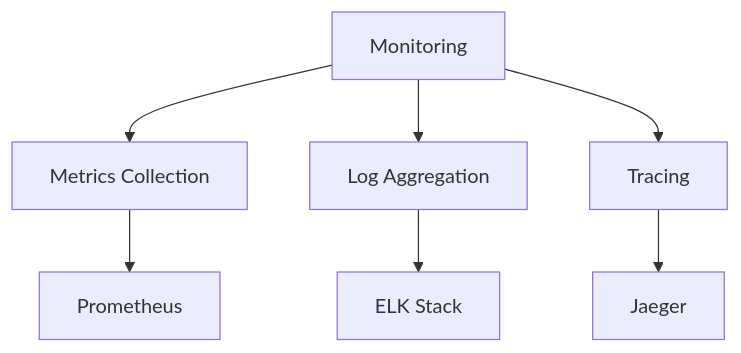
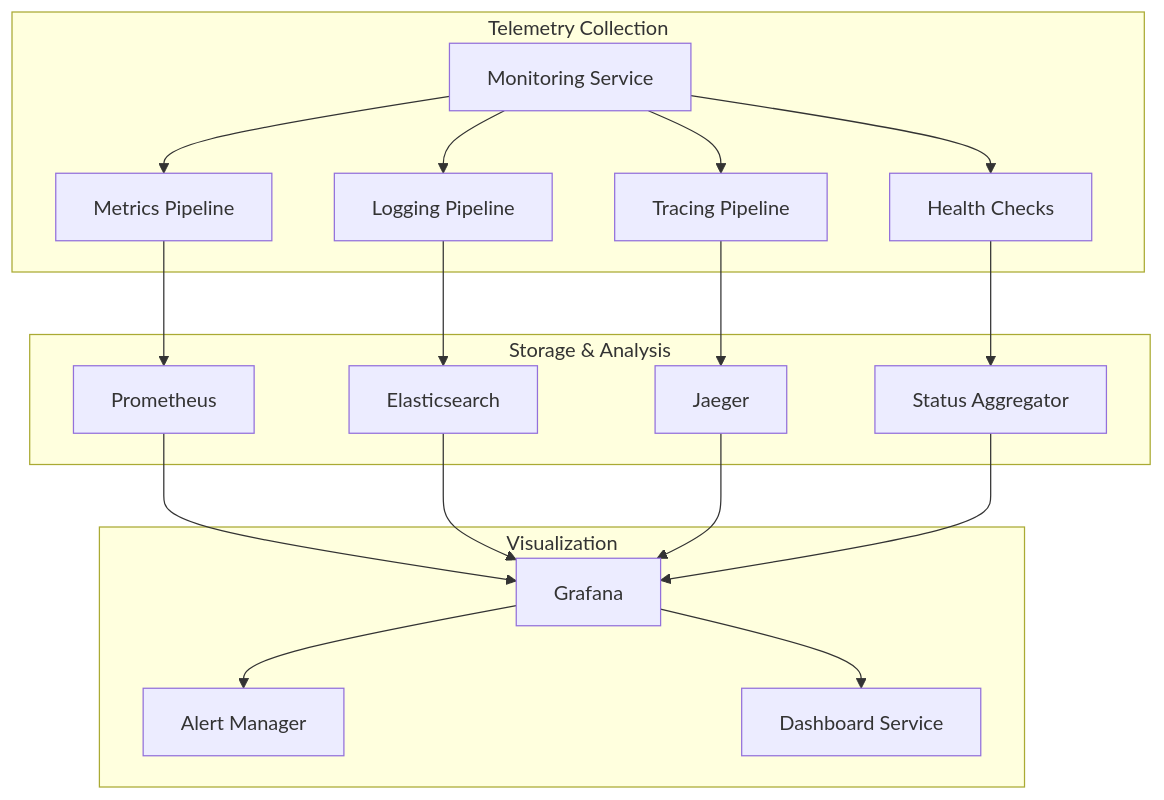
Before and after one commit to Distracted-E421/Project-Datapunk: diagram 11 of 18 in datapunk/docs/development/ROADMAP.md, drawn with Mermaid. The commit also changed other lines of this file, not shown here.

````diff
--- a/datapunk/docs/development/ROADMAP.md
+++ b/datapunk/docs/development/ROADMAP.md
@@ -1603,9 +1958,22 @@
 ```mermaid
 graph TD
-    A[Monitoring] --> B[Metrics Collection]
-    A --> C[Log Aggregation]
-    A --> D[Tracing]
-    B --> E[Prometheus]
-    C --> F[ELK Stack]
-    D --> G[Jaeger]
+    subgraph "Telemetry Collection"
+        A[Monitoring Service] --> B[Metrics Pipeline]
+        A --> C[Logging Pipeline]
+        A --> D[Tracing Pipeline]
+        A --> E[Health Checks]
+    end
+
+    subgraph "Storage & Analysis"
+        B --> F[Prometheus]
+        C --> G[Elasticsearch]
+        D --> H[Jaeger]
+        E --> I[Status Aggregator]
+    end
+
+    subgraph "Visualization"
+        F & G & H & I --> J[Grafana]
+        J --> K[Alert Manager]
+        J --> L[Dashboard Service]
+    end
 ```
````
